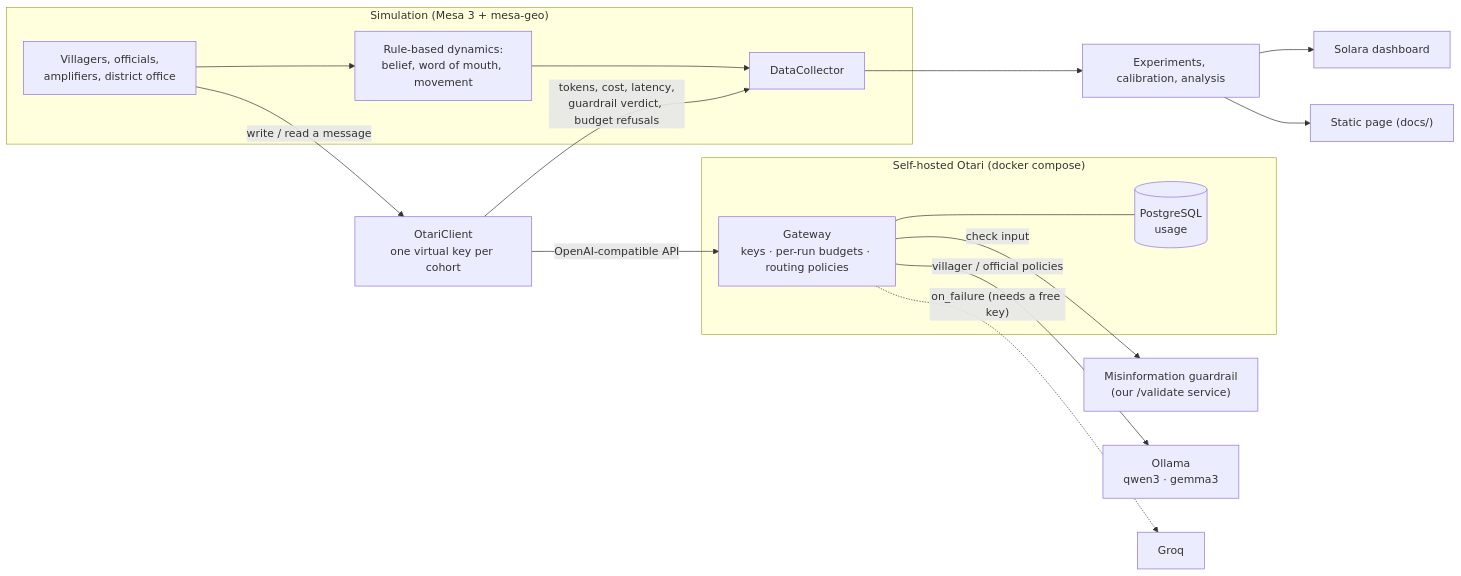
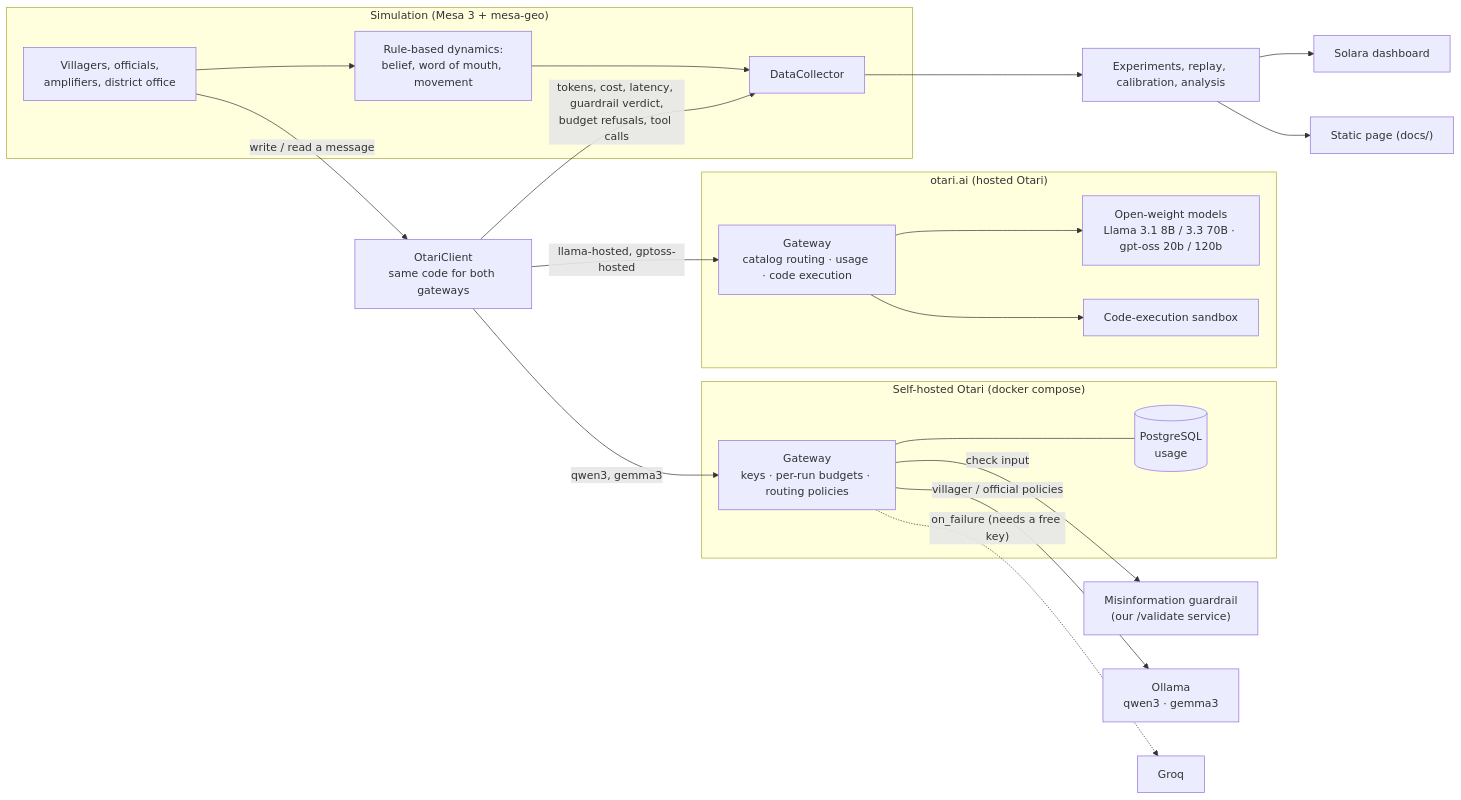
Before and after one commit to Tejasv-Singh/Otari_chat: the diagram in README.md, drawn with Mermaid. The commit also changed other lines of this file and 268 other files, not shown here.

First line of the commit message:
Hosted mode: run through otari.ai, two hosted model families

````diff
--- a/README.md
+++ b/README.md
@@ -64,26 +74,35 @@
 ```mermaid
 flowchart LR
     subgraph sim["Simulation (Mesa 3 + mesa-geo)"]
         A["Villagers, officials,<br/>amplifiers, district office"]
         R["Rule-based dynamics:<br/>belief, word of mouth, movement"]
         DC["DataCollector"]
         A --> R --> DC
     end
-    C["OtariClient<br/>one virtual key per cohort"]
+    C["OtariClient<br/>same code for both gateways"]
     A -- "write / read a message" --> C
-    C -- "tokens, cost, latency,<br/>guardrail verdict, budget refusals" --> DC
+    C -- "tokens, cost, latency, guardrail verdict,<br/>budget refusals, tool calls" --> DC
+
+    subgraph hosted["otari.ai (hosted Otari)"]
+        HG["Gateway<br/>catalog routing · usage · code execution"]
+        HM["Open-weight models<br/>Llama 3.1 8B / 3.3 70B · gpt-oss 20b / 120b"]
+        SB["Code-execution sandbox"]
+        HG --> HM
+        HG --> SB
+    end
+    C -- "llama-hosted, gptoss-hosted" --> HG
 
     subgraph otari["Self-hosted Otari (docker compose)"]
         G["Gateway<br/>keys · per-run budgets · routing policies"]
         P[("PostgreSQL<br/>usage")]
         G --- P
     end
-    C -- "OpenAI-compatible API" --> G
+    C -- "qwen3, gemma3" --> G
     G -- "check input" --> MG["Misinformation guardrail<br/>(our /validate service)"]
     G -- "villager / official policies" --> O["Ollama<br/>qwen3 · gemma3"]
     G -. "on_failure (needs a free key)" .-> Q["Groq"]
 
-    DC --> X["Experiments, calibration, analysis"]
+    DC --> X["Experiments, replay, calibration, analysis"]
     X --> S["Solara dashboard"]
     X --> H["Static page (docs/)"]
 ```
````
